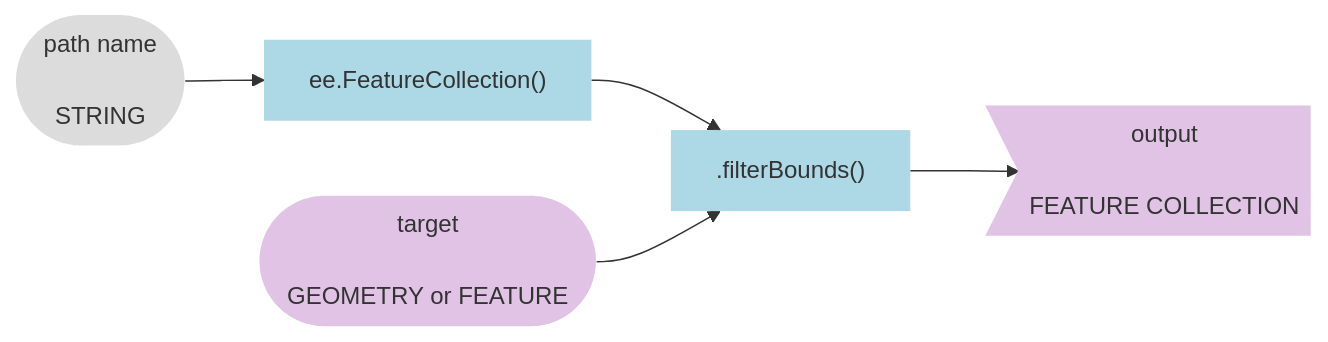
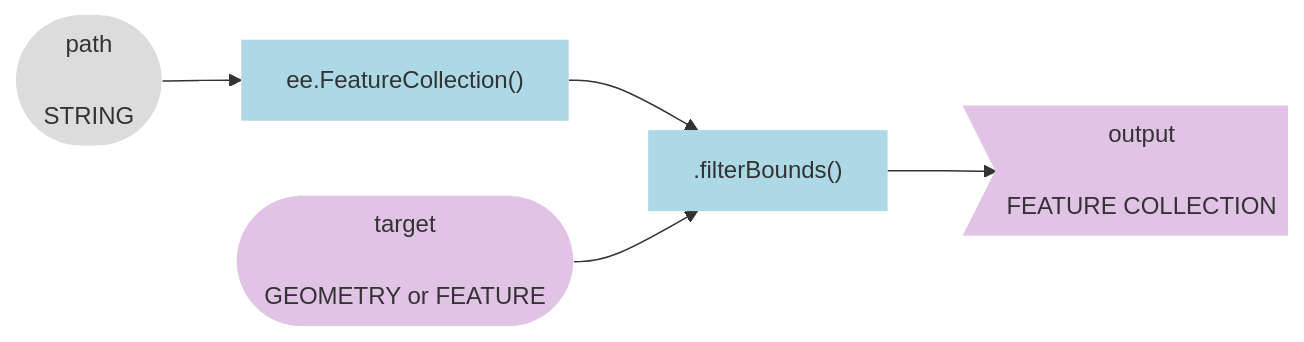
Before and after one commit to jeffhowarth/eeprimer: the fourth of 19 diagrams in src/workflows/grassland_bird_habitat.md, drawn with Mermaid. The commit also changed other lines of this file and 8 other files, not shown here.

````diff
--- a/src/workflows/grassland_bird_habitat.md
+++ b/src/workflows/grassland_bird_habitat.md
@@ -184,16 +216,16 @@
 ``` mermaid
 graph LR
   method1["ee.FeatureCollection()"] ;
-  arg_att1([path name\n\nSTRING]) --> method1;
+  arg_att1([path\n\nSTRING]) --> method1;
 
   method1 --> method2[".filterBounds()"];
   method2 --> output>output\n\nFEATURE COLLECTION];
 
   arg_att2([target\n\nGEOMETRY or FEATURE]) --> method2;
 
   style method1 fill:#ADD8E6,stroke-width:0px
   style method2 fill:#ADD8E6,stroke-width:0px
   style output fill:#E1C3E6,stroke-width:0px
   style arg_att1 fill:#DCDCDC,stroke-width:0px
   style arg_att2 fill:#E1C3E6,stroke-width:0px
 ```
````
